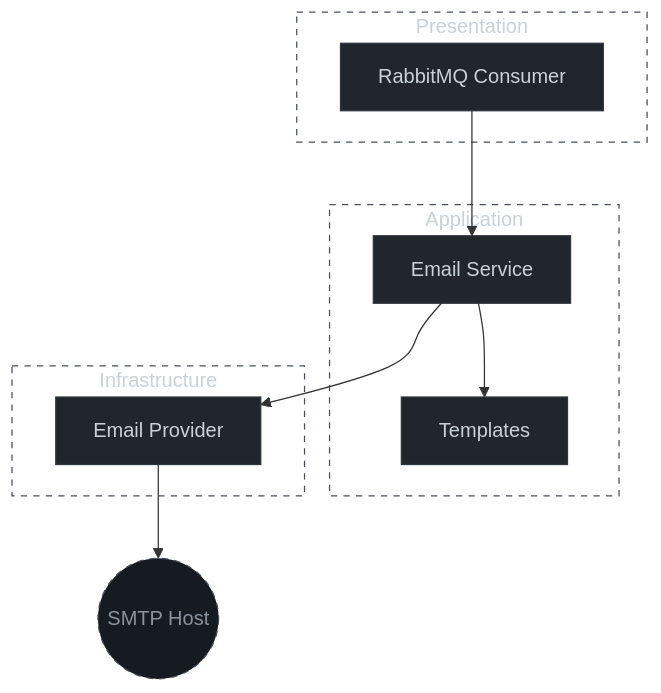
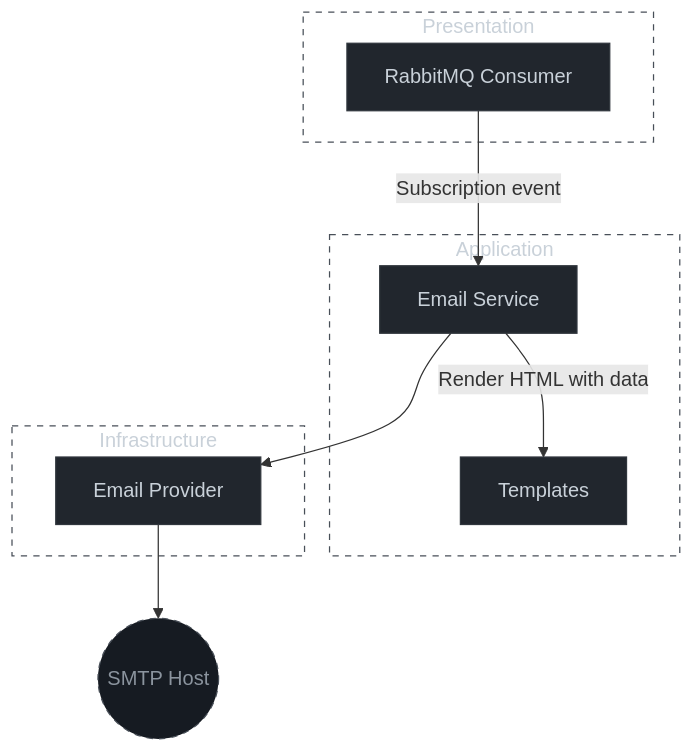
One commit to GenesisEducationKyiv/software-engineering-school-6-0-bdendro changed the fifth of 5 diagrams in docs/architecture.md. Above: the diagram before and after it, drawn with Mermaid. The commit also changed other lines of this file, not shown here.

Commit message:
docs: detail diagrams in architecture.md

````diff
--- a/docs/architecture.md
+++ b/docs/architecture.md
@@ -190,33 +198,32 @@
 ```mermaid
 graph TD
     subgraph Presentation["Presentation"]
         Consumer[RabbitMQ Consumer]
     end
 
     subgraph Application["Application"]
         EmailService[Email Service]
         Templates[Templates]
     end
 
     subgraph Infrastructure["Infrastructure"]
         Provider[Email Provider]
     end
 
     SMTP((SMTP Host))
 
-
-    Consumer --> EmailService
-    EmailService --> Templates
+    Consumer -->|Subscription event| EmailService
+    EmailService -->|Render HTML with data| Templates
     EmailService --> Provider
     Provider --> SMTP
 
     classDef component fill:#21262d,stroke:#30363d,stroke-width:1px,color:#c9d1d9;
     classDef external fill:#161b22,stroke:#484f58,stroke-width:1px,stroke-dasharray: 5 5,color:#8b949e;
 
     class Consumer,EmailService,Templates,Provider component;
     class SMTP external;
 
     style Presentation fill:transparent,stroke:#484f58,stroke-width:1px,color:#c9d1d9,stroke-dasharray: 5 5
     style Application fill:transparent,stroke:#484f58,stroke-width:1px,color:#c9d1d9,stroke-dasharray: 5 5
     style Infrastructure fill:transparent,stroke:#484f58,stroke-width:1px,color:#c9d1d9,stroke-dasharray: 5 5
 ```
````
